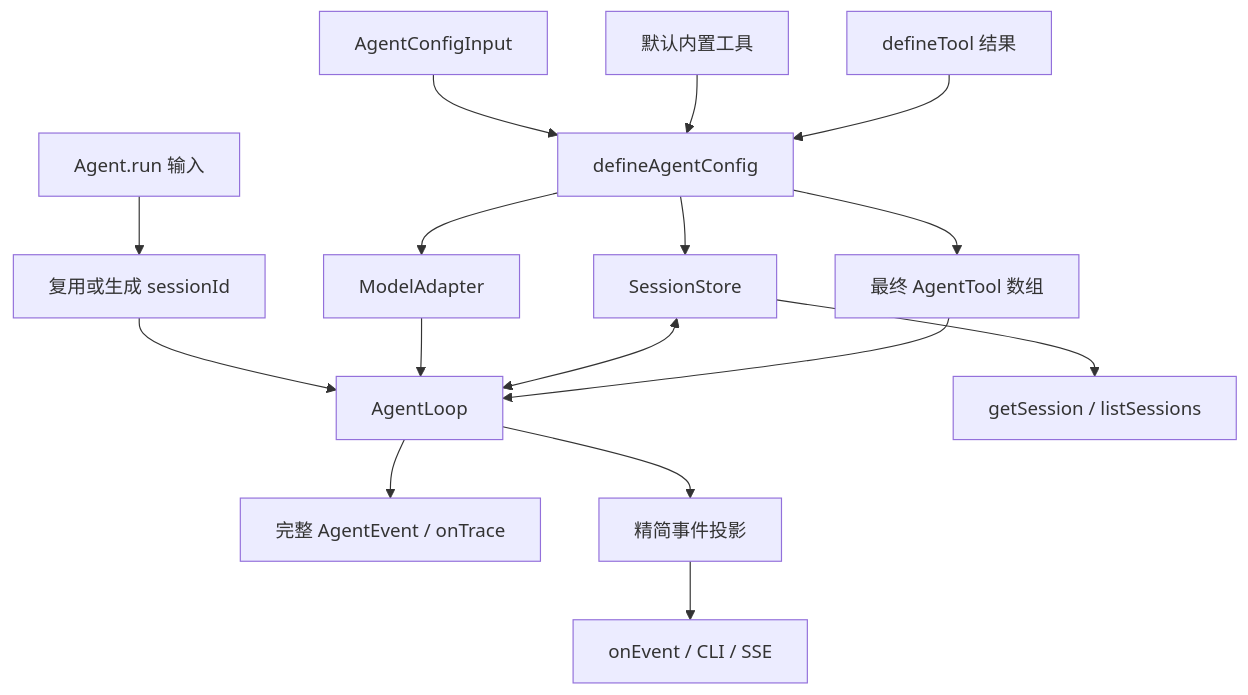
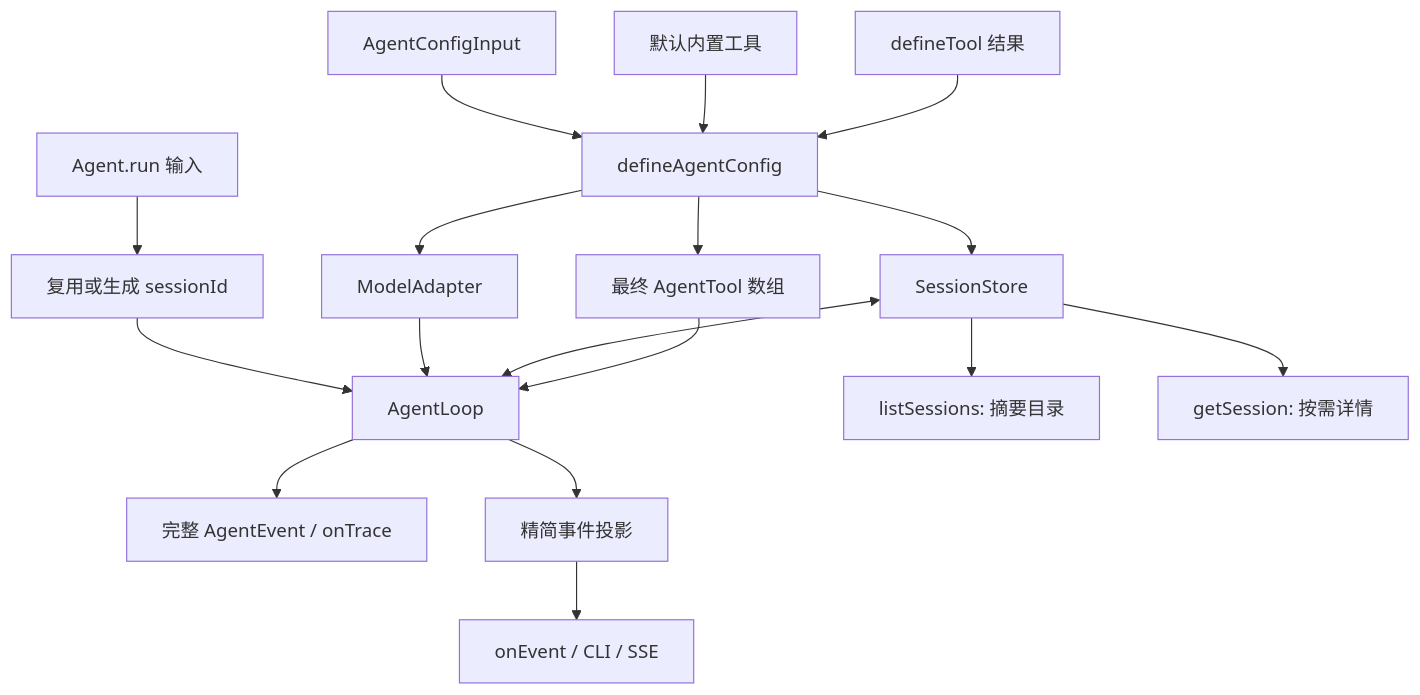
One commit to AlbertE1990/crafteHarness changed the first of 2 diagrams in docs/learning/craft-agent-facade.md. Above: the diagram before and after it, drawn with Mermaid. The commit also changed other lines of this file and 30 other files, not shown here.

Commit message:
Implement PostgreSQL session store and session query model

````diff
--- a/docs/learning/craft-agent-facade.md
+++ b/docs/learning/craft-agent-facade.md
@@ -76,18 +81,19 @@
 ```mermaid
 flowchart TD
   Config[AgentConfigInput] --> Normalize[defineAgentConfig]
   Normalize --> Adapter[ModelAdapter]
   Normalize --> Store[SessionStore]
   Builtins[默认内置工具] --> Normalize
   Normalize --> Tools[最终 AgentTool 数组]
   Request[Agent.run 输入] --> SessionId[复用或生成 sessionId]
   SessionId --> Loop[AgentLoop]
   Adapter --> Loop
   Store <--> Loop
   RawTools[defineTool 结果] --> Normalize
   Tools --> Loop
   Loop --> Trace[完整 AgentEvent / onTrace]
   Loop --> Project[精简事件投影]
   Project --> Output[onEvent / CLI / SSE]
-  Store --> Query[getSession / listSessions]
+  Store --> Catalog[listSessions: 摘要目录]
+  Store --> Detail[getSession: 按需详情]
 ```
````
